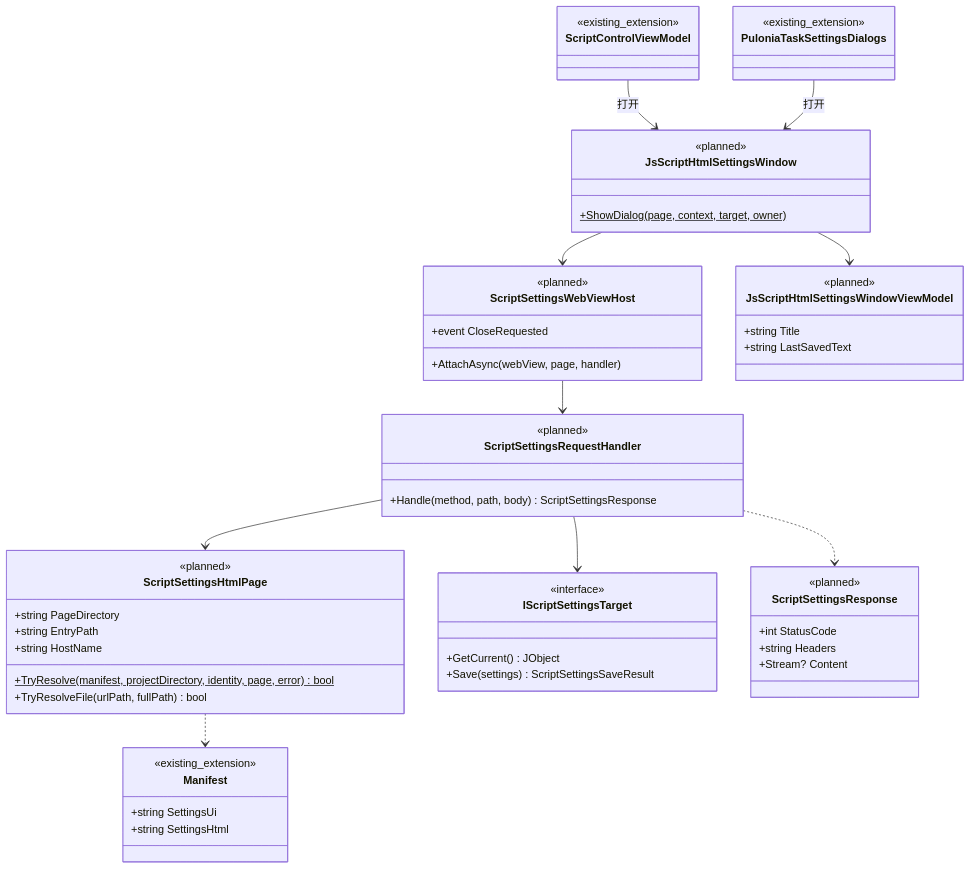
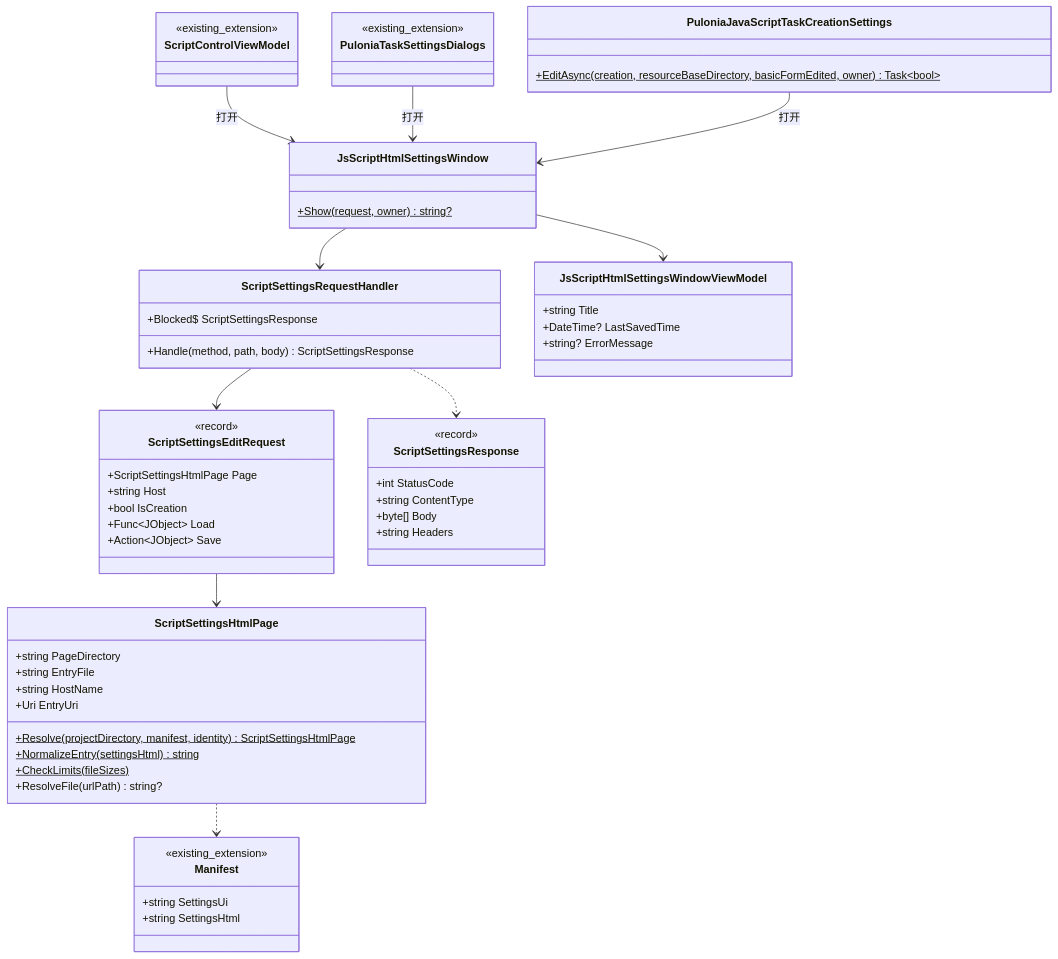
The second of 2 diagrams in Docs/design/js-script-html-settings.md (babalae/better-genshin-impact), drawn with Mermaid before and after one commit. The commit also changed other lines of this file and 24 other files, not shown here.

First line of the commit message:
feat(script): JS 脚本支持作者自定义 HTML 设置页

````diff
--- a/Docs/design/js-script-html-settings.md
+++ b/Docs/design/js-script-html-settings.md
@@ -379,61 +383,64 @@
 ```mermaid
 classDiagram
     class Manifest {
         <<existing_extension>>
         +string SettingsUi
         +string SettingsHtml
     }
     class ScriptSettingsHtmlPage {
-        <<planned>>
         +string PageDirectory
-        +string EntryPath
+        +string EntryFile
         +string HostName
-        +TryResolve(manifest, projectDirectory, identity, page, error)$ bool
-        +TryResolveFile(urlPath, fullPath) bool
+        +Uri EntryUri
+        +Resolve(projectDirectory, manifest, identity)$ ScriptSettingsHtmlPage
+        +NormalizeEntry(settingsHtml)$ string
+        +CheckLimits(fileSizes)$
+        +ResolveFile(urlPath) string?
     }
-    class IScriptSettingsTarget {
-        <<interface>>
-        +GetCurrent() JObject
-        +Save(settings) ScriptSettingsSaveResult
+    class ScriptSettingsEditRequest {
+        <<record>>
+        +ScriptSettingsHtmlPage Page
+        +string Host
+        +bool IsCreation
+        +Func~JObject~ Load
+        +Action~JObject~ Save
     }
     class ScriptSettingsRequestHandler {
-        <<planned>>
         +Handle(method, path, body) ScriptSettingsResponse
+        +Blocked$ ScriptSettingsResponse
     }
     class ScriptSettingsResponse {
-        <<planned>>
+        <<record>>
         +int StatusCode
+        +string ContentType
+        +byte[] Body
         +string Headers
-        +Stream? Content
     }
-    class ScriptSettingsWebViewHost {
-        <<planned>>
-        +AttachAsync(webView, page, handler)
-        +event CloseRequested
+    class JsScriptHtmlSettingsWindow {
+        +Show(request, owner)$ string?
     }
     class JsScriptHtmlSettingsWindowViewModel {
-        <<planned>>
         +string Title
-        +string LastSavedText
-    }
-    class JsScriptHtmlSettingsWindow {
-        <<planned>>
-        +ShowDialog(page, context, target, owner)$
+        +DateTime? LastSavedTime
+        +string? ErrorMessage
     }
     class ScriptControlViewModel {
         <<existing_extension>>
     }
     class PuloniaTaskSettingsDialogs {
         <<existing_extension>>
     }
+    class PuloniaJavaScriptTaskCreationSettings {
+        +EditAsync(creation, resourceBaseDirectory, basicFormEdited, owner)$ Task~bool~
+    }
 
     ScriptSettingsHtmlPage ..> Manifest
-    ScriptSettingsRequestHandler --> ScriptSettingsHtmlPage
-    ScriptSettingsRequestHandler --> IScriptSettingsTarget
+    ScriptSettingsEditRequest --> ScriptSettingsHtmlPage
+    ScriptSettingsRequestHandler --> ScriptSettingsEditRequest
     ScriptSettingsRequestHandler ..> ScriptSettingsResponse
-    ScriptSettingsWebViewHost --> ScriptSettingsRequestHandler
-    JsScriptHtmlSettingsWindow --> ScriptSettingsWebViewHost
+    JsScriptHtmlSettingsWindow --> ScriptSettingsRequestHandler
     JsScriptHtmlSettingsWindow --> JsScriptHtmlSettingsWindowViewModel
     ScriptControlViewModel --> JsScriptHtmlSettingsWindow : 打开
     PuloniaTaskSettingsDialogs --> JsScriptHtmlSettingsWindow : 打开
+    PuloniaJavaScriptTaskCreationSettings --> JsScriptHtmlSettingsWindow : 打开
 ```
````
